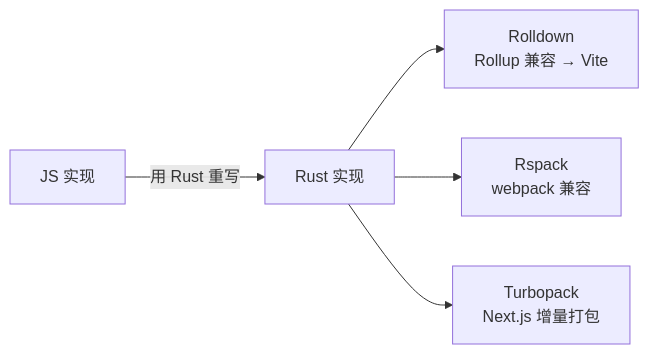
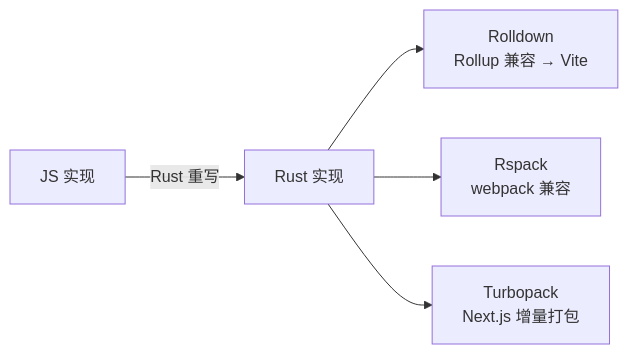
Before and after one commit to inspire-man/frontend-knowledge-base: the diagram in frontend-knowledge-base/卷五-构建与工程化/5.6-Rolldown与Rspack与Turbopack.md, drawn with Mermaid. The commit also changed other lines of this file and 4 other files, not shown here.

````diff
--- a/frontend-knowledge-base/卷五-构建与工程化/5.6-Rolldown与Rspack与Turbopack.md
+++ b/frontend-knowledge-base/卷五-构建与工程化/5.6-Rolldown与Rspack与Turbopack.md
@@ -22,7 +16,7 @@
 ```mermaid
 flowchart LR
-    A[JS 实现] -->|用 Rust 重写| B[Rust 实现]
+    A[JS 实现] -->|Rust 重写| B[Rust 实现]
     B --> C1[Rolldown<br/>Rollup 兼容 → Vite]
     B --> C2[Rspack<br/>webpack 兼容]
     B --> C3[Turbopack<br/>Next.js 增量打包]
 ```
````
